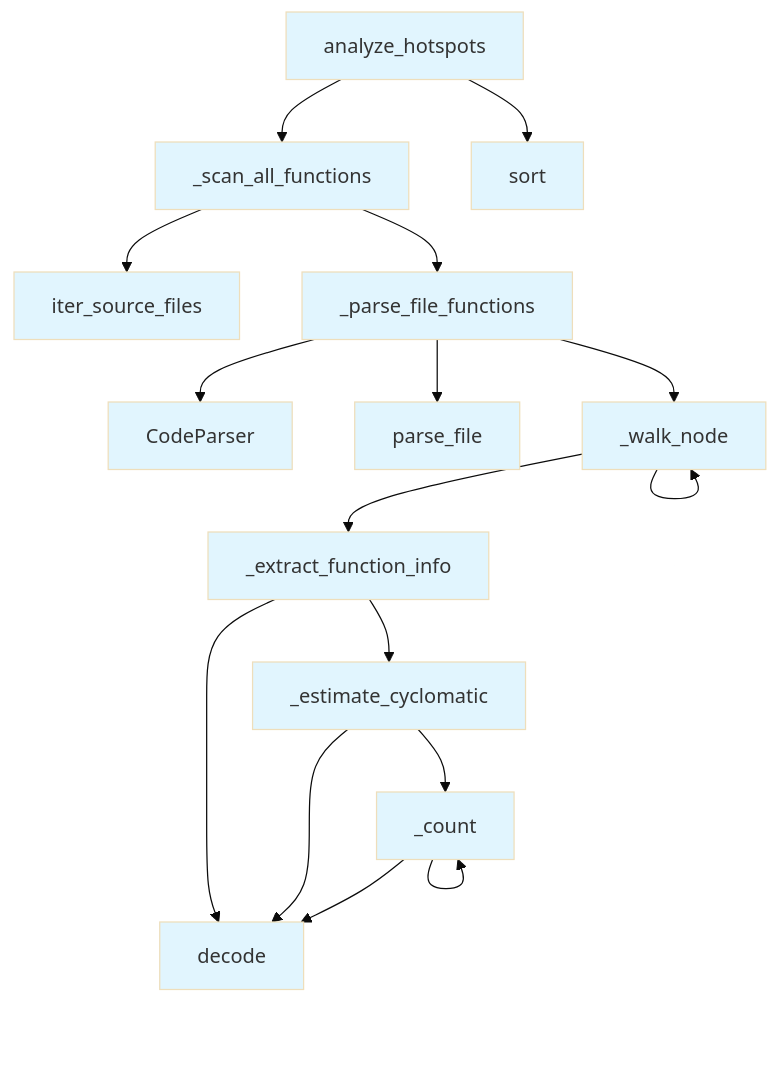
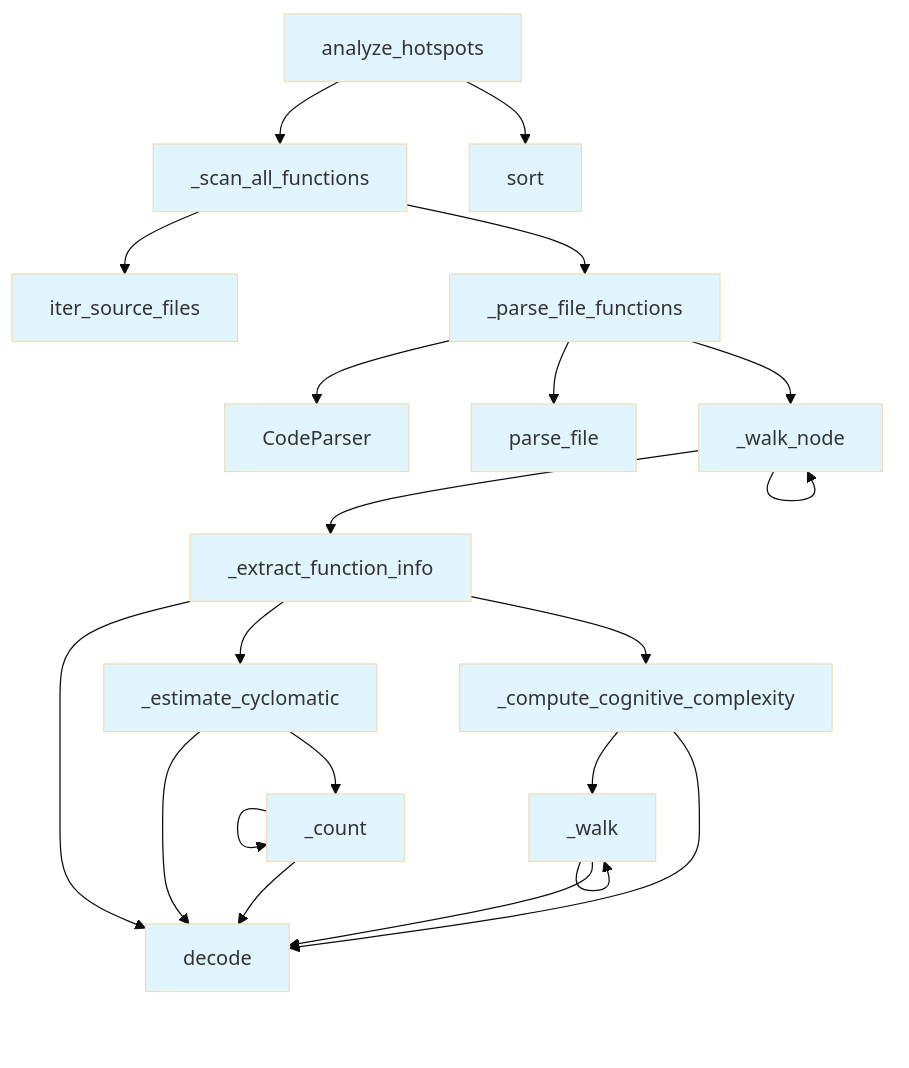
Before and after one commit to UrbanDiver/local-deepwiki-mcp: the diagram in .deepwiki/files/src/local_deepwiki/generators/analysis/hotspots.md, drawn with Mermaid (base theme). The commit also changed other lines of this file and 225 other files, not shown here.

Commit message:
chore: regenerate pre-built wiki with pattern-aware scoring and cognitive complexity

````diff
--- a/.deepwiki/files/src/local_deepwiki/generators/analysis/hotspots.md
+++ b/.deepwiki/files/src/local_deepwiki/generators/analysis/hotspots.md
@@ -186,32 +192,39 @@
 ```mermaid
 flowchart TD
     N0[CodeParser]
-    N1[_count]
-    N2[_estimate_cyclomatic]
-    N3[_extract_function_info]
-    N4[_parse_file_functions]
-    N5[_scan_all_functions]
-    N6[_walk_node]
-    N7[analyze_hotspots]
-    N8[decode]
-    N9[iter_source_files]
-    N10[parse_file]
-    N11[sort]
-    N2 --> N8
-    N2 --> N1
-    N1 --> N8
-    N1 --> N1
-    N3 --> N8
+    N1[_compute_cognitive_complexity]
+    N2[_count]
+    N3[_estimate_cyclomatic]
+    N4[_extract_function_info]
+    N5[_parse_file_functions]
+    N6[_scan_all_functions]
+    N7[_walk]
+    N8[_walk_node]
+    N9[analyze_hotspots]
+    N10[decode]
+    N11[iter_source_files]
+    N12[parse_file]
+    N13[sort]
+    N3 --> N10
     N3 --> N2
-    N6 --> N3
-    N6 --> N6
-    N4 --> N0
+    N2 --> N10
+    N2 --> N2
+    N1 --> N7
+    N1 --> N10
+    N7 --> N7
+    N7 --> N10
     N4 --> N10
-    N4 --> N6
-    N5 --> N9
-    N5 --> N4
-    N7 --> N5
-    N7 --> N11
+    N4 --> N3
+    N4 --> N1
+    N8 --> N4
+    N8 --> N8
+    N5 --> N0
+    N5 --> N12
+    N5 --> N8
+    N6 --> N11
+    N6 --> N5
+    N9 --> N6
+    N9 --> N13
     classDef func fill:#e1f5fe
-    class N0,N1,N2,N3,N4,N5,N6,N7,N8,N9,N10,N11 func
+    class N0,N1,N2,N3,N4,N5,N6,N7,N8,N9,N10,N11,N12,N13 func
 ```
````
